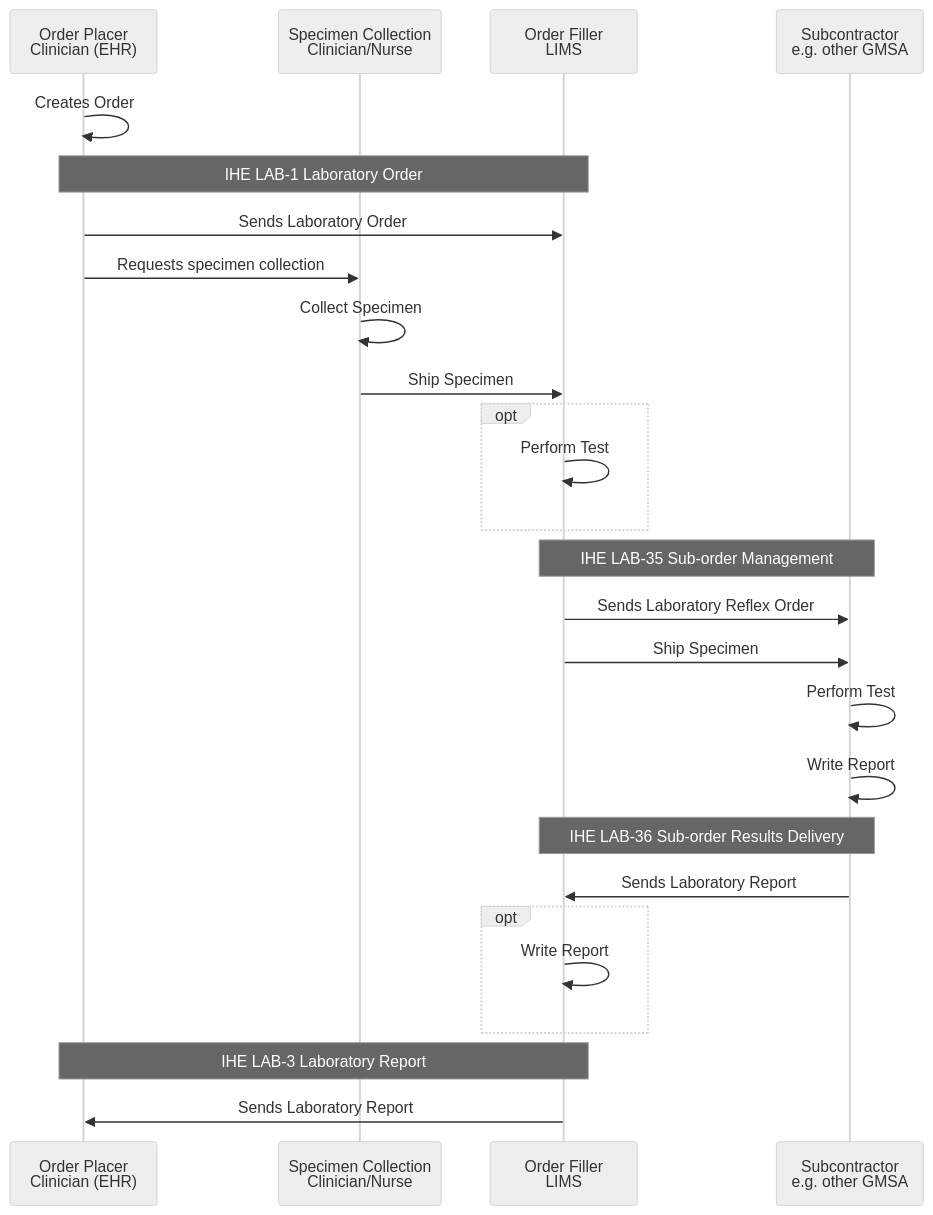
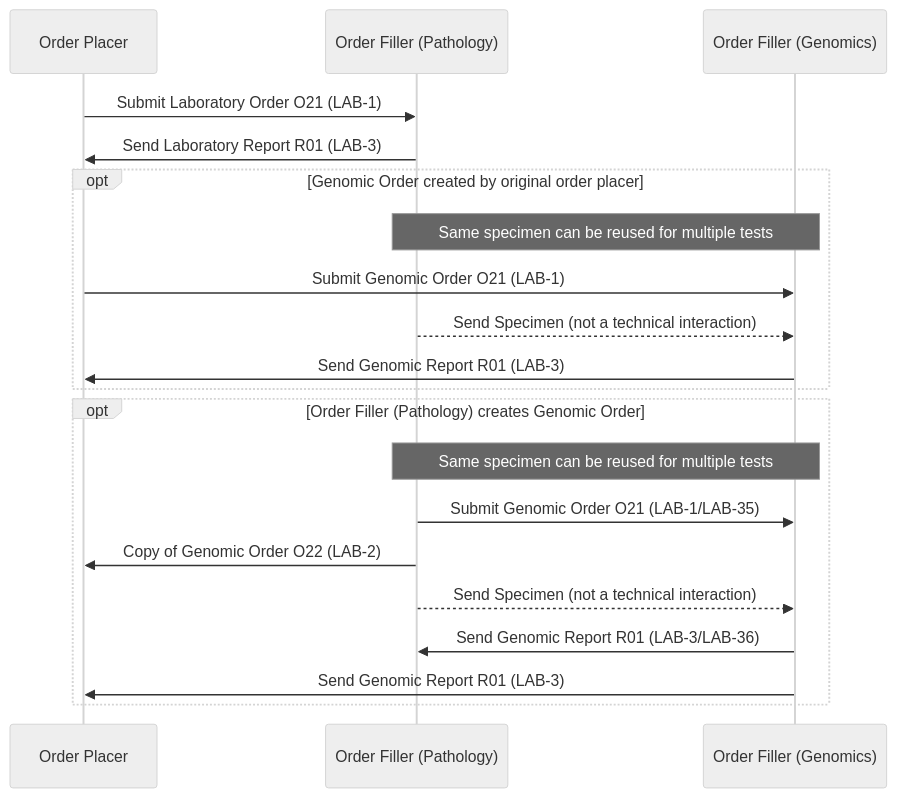
One commit to nw-gmsa/nw-gmsa.github.com changed the fourth of 8 diagrams in input/pagecontent/ILW.md. Above: the diagram before and after it, drawn with Mermaid (neutral theme). The commit also changed other lines of this file and 1 other file, not shown here.

Commit message:
ILW and TLW documentation

````diff
--- a/input/pagecontent/ILW.md
+++ b/input/pagecontent/ILW.md
@@ -183,29 +182,31 @@
 ```mermaid
 sequenceDiagram
-    participant clinician as Order Placer<br/>Clinician (EHR)
-    participant nurse as Specimen Collection<br/>Clinician/Nurse
-    participant LIMS as Order Filler<br/>LIMS 
-    participant Sub as Subcontractor<br/>e.g. other GMSA
 
-    clinician ->> clinician: Creates Order
-    note over clinician,LIMS: IHE LAB-1 Laboratory Order
-    clinician ->> LIMS: Sends Laboratory Order
-    clinician ->> nurse: Requests specimen collection
-    nurse ->> nurse: Collect Specimen
-    nurse ->> LIMS: Ship Specimen
-    opt
-        LIMS->> LIMS : Perform Test
-    end
-    note over LIMS,Sub: IHE LAB-35 Sub-order Management
-    LIMS ->> Sub: Sends Laboratory Reflex Order
-    LIMS ->> Sub: Ship Specimen
-    Sub ->> Sub : Perform Test
-    Sub ->> Sub: Write Report
-    note over LIMS,Sub: IHE LAB-36 Sub-order Results Delivery
-    Sub ->> LIMS: Sends Laboratory Report
-    opt
-        LIMS ->> LIMS: Write Report
-    end
-    note over clinician,LIMS: IHE LAB-3 Laboratory Report
-    LIMS ->> clinician: Sends Laboratory Report
+
+participant EPR as Order Placer
+participant LIMSP as Order Filler (Pathology)
+participant LIMSG as Order Filler (Genomics)
+
+
+EPR ->> LIMSP: Submit Laboratory Order O21 (LAB-1)
+LIMSP ->> EPR: Send Laboratory Report R01 (LAB-3)
+
+opt Genomic Order created by original order placer
+
+note over LIMSP,LIMSG: Same specimen can be reused for multiple tests
+
+EPR ->> LIMSG: Submit Genomic Order O21 (LAB-1)
+LIMSP -->> LIMSG: Send Specimen (not a technical interaction)
+LIMSG ->> EPR: Send Genomic Report R01 (LAB-3)
+end
+
+opt Order Filler (Pathology) creates Genomic Order
+note over LIMSP,LIMSG: Same specimen can be reused for multiple tests
+
+LIMSP ->> LIMSG: Submit Genomic Order O21 (LAB-1/LAB-35)
+LIMSP ->> EPR: Copy of Genomic Order O22 (LAB-2)
+LIMSP -->> LIMSG: Send Specimen (not a technical interaction)
+LIMSG ->> LIMSP: Send Genomic Report R01 (LAB-3/LAB-36)
+LIMSG ->> EPR: Send Genomic Report R01 (LAB-3)
+end
 ```
````
